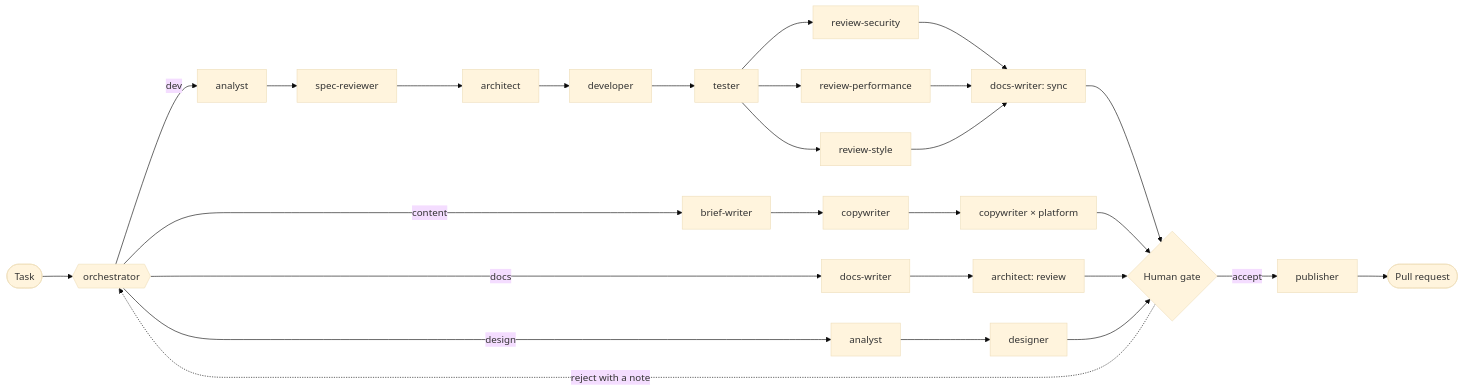
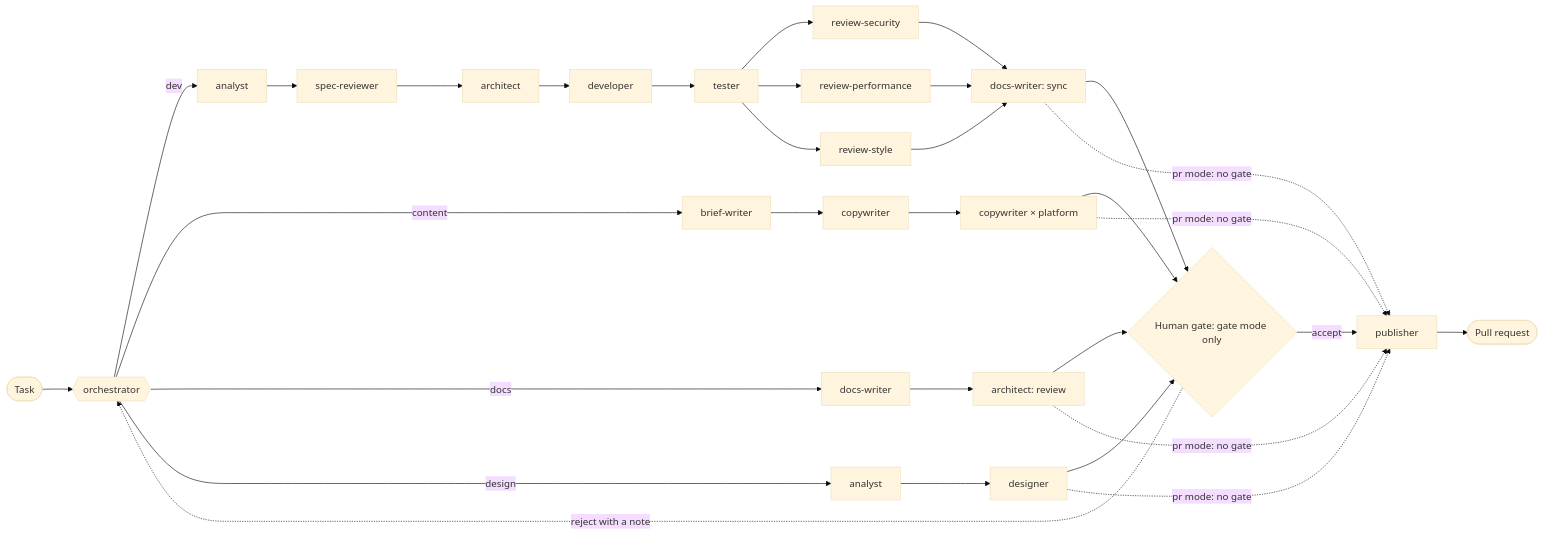
Before and after one commit to luk98j/agent-factory: the diagram in README.md, drawn with Mermaid (base theme). The commit also changed other lines of this file and 4 other files, not shown here.

````diff
--- a/README.md
+++ b/README.md
@@ -17,12 +17,13 @@
 ```mermaid
 flowchart LR
   U([Task]) --> O{{orchestrator}}
   O -->|dev| A1[analyst] --> SR[spec-reviewer] --> AR[architect] --> D[developer] --> T[tester]
   T --> RS[review-security] & RP[review-performance] & RY[review-style]
-  RS & RP & RY --> DSY[docs-writer: sync] --> G{Human gate}
+  RS & RP & RY --> DSY[docs-writer: sync] --> G{Human gate: gate mode only}
   O -->|content| BW[brief-writer] --> CW[copywriter] --> CA[copywriter × platform] --> G
   O -->|docs| DW[docs-writer] --> AD[architect: review] --> G
   O -->|design| A2[analyst] --> DS[designer] --> G
   G -->|accept| P[publisher] --> PR([Pull request])
+  DSY & CA & AD & DS -.->|pr mode: no gate| P
   G -.->|reject with a note| O
 ```
````
